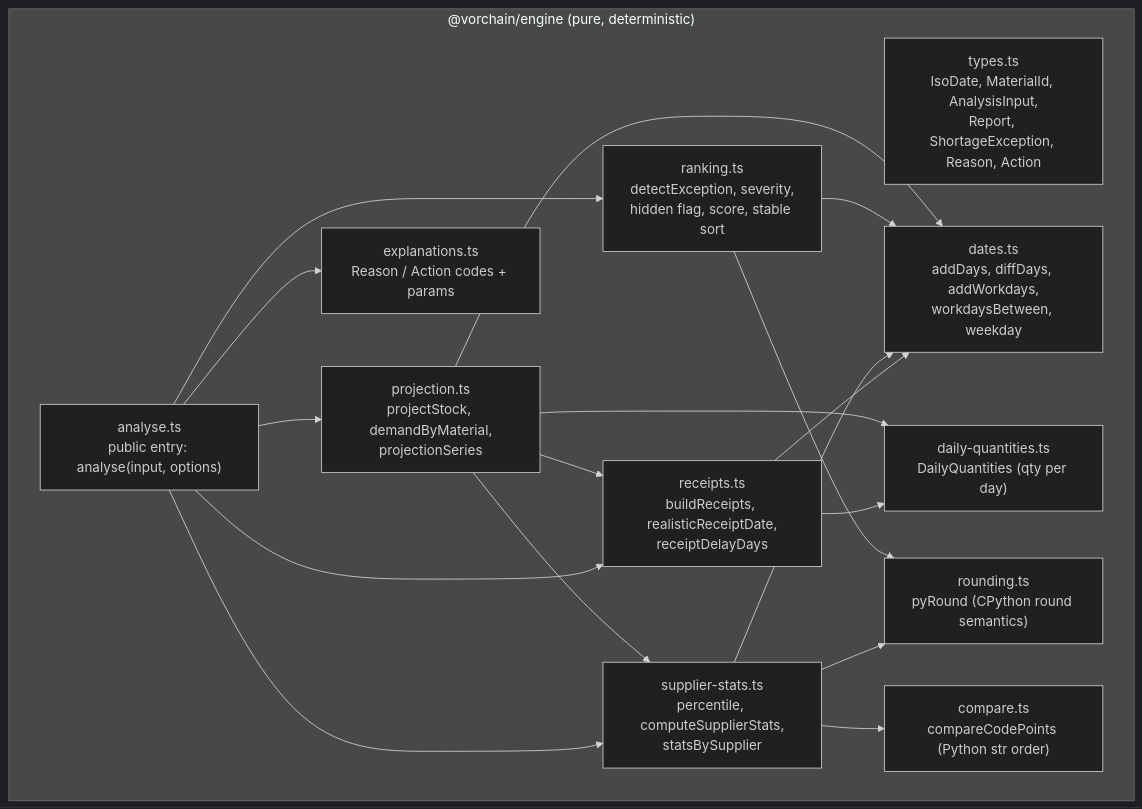
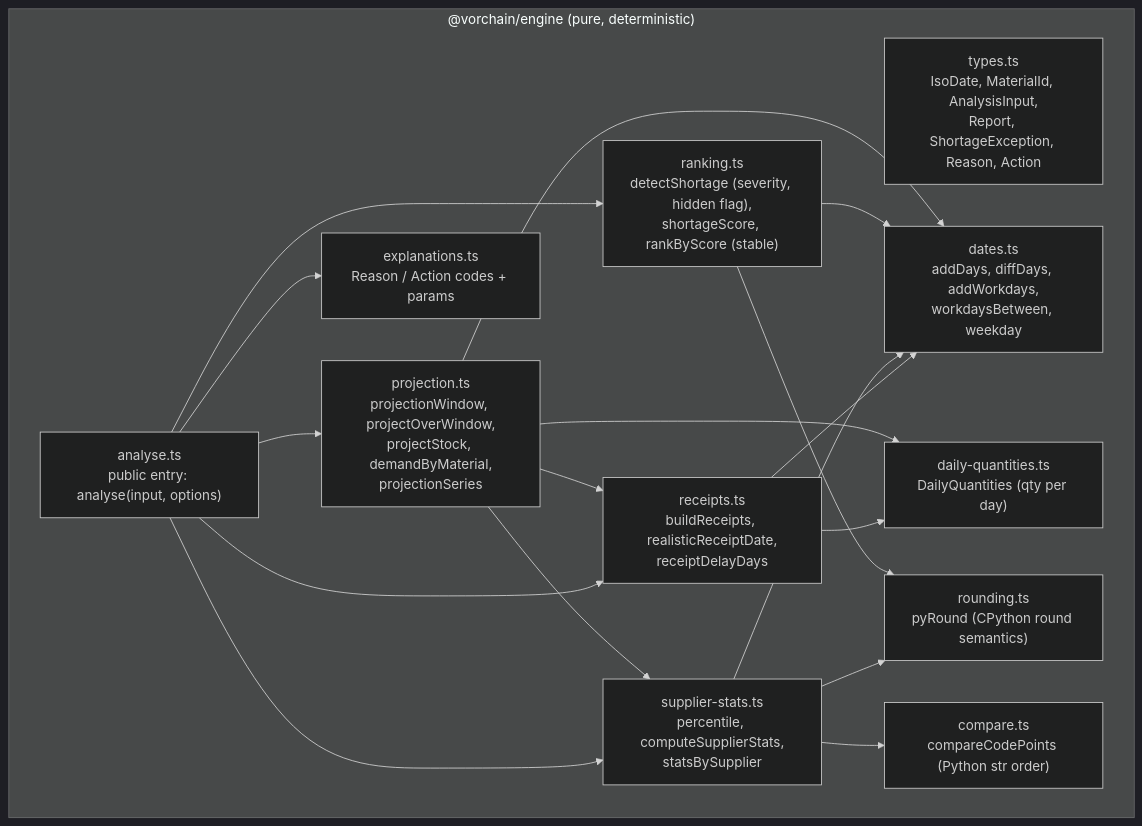
One commit to Sodabeh-Taherpanah/vorchain_project changed the fifth of 10 diagrams in docs/architecture/README.md. Above: the diagram before and after it, drawn with Mermaid (dark theme). The commit also changed other lines of this file and 14 other files, not shown here.

First line of the commit message:
feat(engine): detect, score and rank shortage exceptions (#11)

````diff
--- a/docs/architecture/README.md
+++ b/docs/architecture/README.md
@@ -119,21 +119,21 @@
 ```mermaid
 flowchart TB
   subgraph engine["@vorchain/engine (pure, deterministic)"]
     types["types.ts<br/>IsoDate, MaterialId, AnalysisInput,<br/>Report, ShortageException, Reason, Action"]
     dates["dates.ts<br/>addDays, diffDays, addWorkdays,<br/>workdaysBetween, weekday"]
     rounding["rounding.ts<br/>pyRound (CPython round semantics)"]
     stats["supplier-stats.ts<br/>percentile, computeSupplierStats,<br/>statsBySupplier"]
     compare["compare.ts<br/>compareCodePoints (Python str order)"]
     daily["daily-quantities.ts<br/>DailyQuantities (qty per day)"]
     receipts["receipts.ts<br/>buildReceipts, realisticReceiptDate,<br/>receiptDelayDays"]
-    projection["projection.ts<br/>projectStock, demandByMaterial,<br/>projectionSeries"]
-    ranking["ranking.ts<br/>detectException, severity,<br/>hidden flag, score, stable sort"]
+    projection["projection.ts<br/>projectionWindow, projectOverWindow,<br/>projectStock, demandByMaterial,<br/>projectionSeries"]
+    ranking["ranking.ts<br/>detectShortage (severity, hidden flag),<br/>shortageScore, rankByScore (stable)"]
     explain["explanations.ts<br/>Reason / Action codes + params"]
     analyse["analyse.ts<br/>public entry: analyse(input, options)"]
   end
   analyse --> stats & receipts & projection & ranking & explain
   receipts --> dates & daily
   stats --> dates & rounding & compare
   ranking --> rounding & dates
   projection --> dates & daily & receipts & stats
 ```
````
